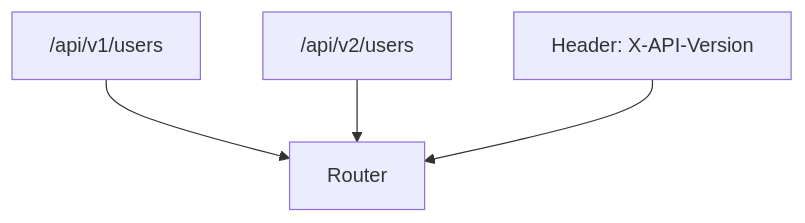
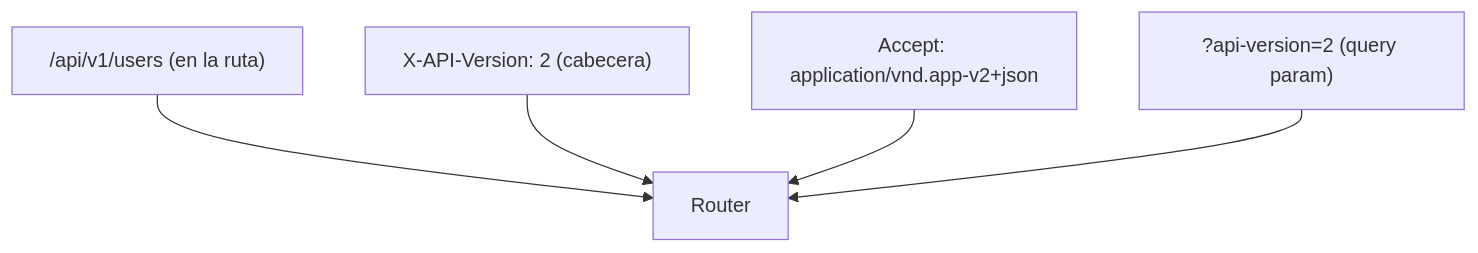
Before and after one commit to obiticadev/DAM-2025-26: the fifth of 6 diagrams in Programación/Aprendizaje autodidacta/11_APIRESTMasterclass/teoria/06_Request_Response_Avanzado.md, drawn with Mermaid. The commit also changed other lines of this file and 35 other files, not shown here.

````diff
--- a/Programación/Aprendizaje autodidacta/11_APIRESTMasterclass/teoria/06_Request_Response_Avanzado.md
+++ b/Programación/Aprendizaje autodidacta/11_APIRESTMasterclass/teoria/06_Request_Response_Avanzado.md
@@ -38,6 +329,7 @@
 ```mermaid
 flowchart TD
-    V1["/api/v1/users"] --> R[Router]
-    V2["/api/v2/users"] --> R
-    H["Header: X-API-Version"] --> R
+    V1["/api/v1/users (en la ruta)"] --> R[Router]
+    H["X-API-Version: 2 (cabecera)"] --> R
+    A["Accept: application/vnd.app-v2+json"] --> R
+    Q["?api-version=2 (query param)"] --> R
 ```
````
